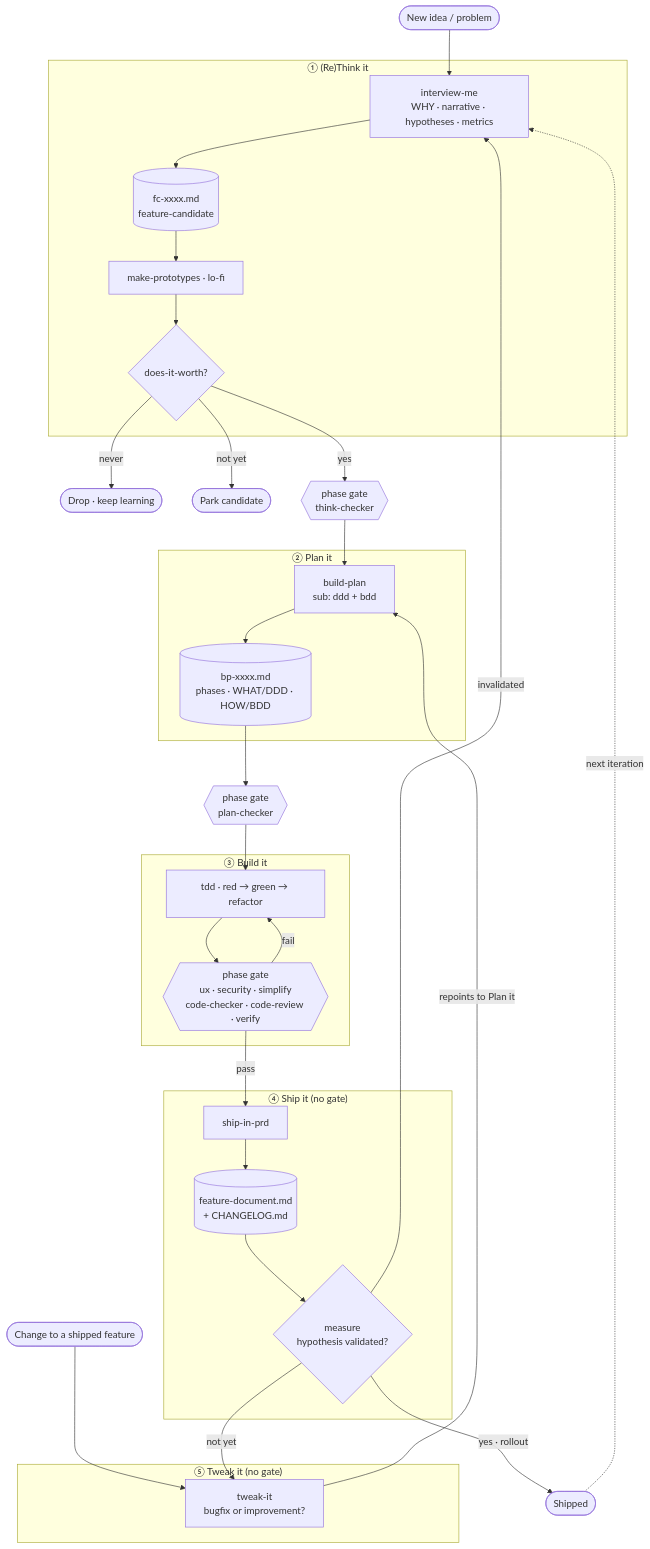
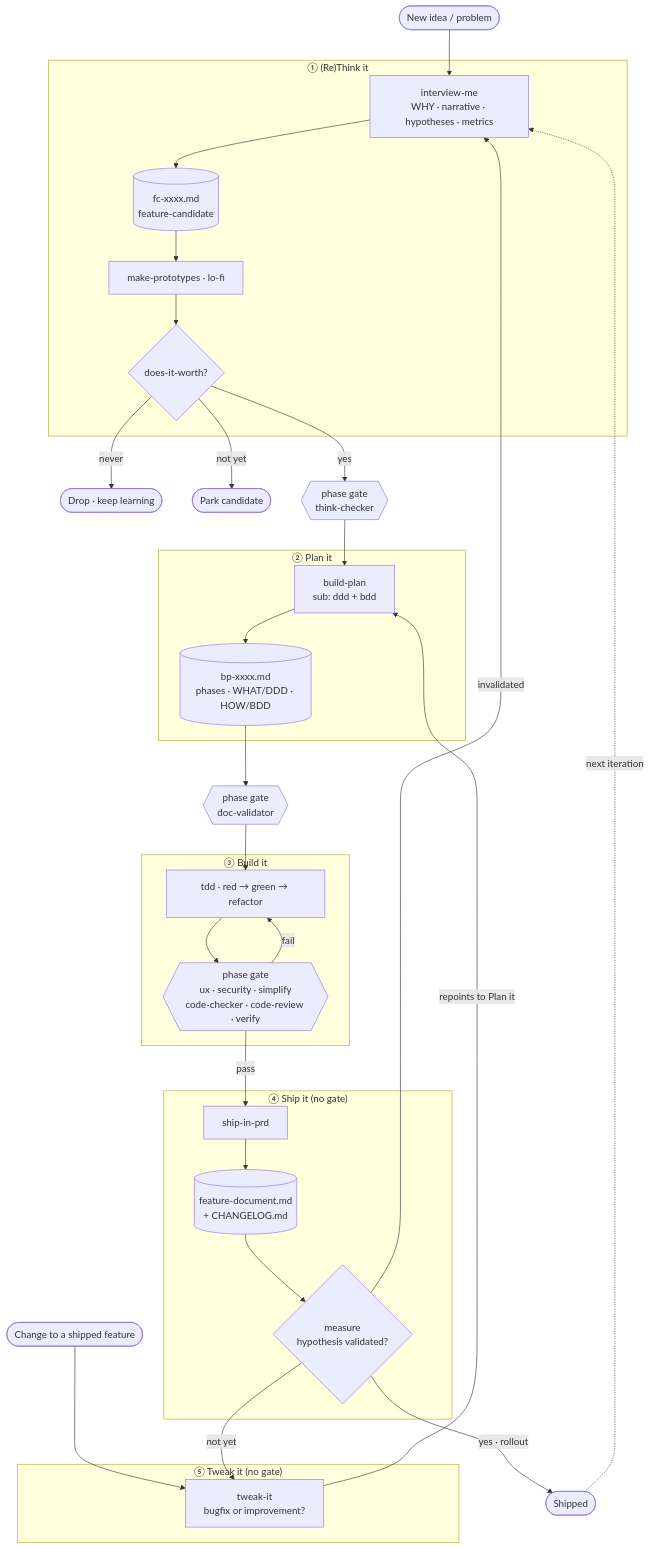
Before and after one commit to giovannibeltrame/buildloop: the diagram in _brainstorm.md, drawn with Mermaid. The commit also changed other lines of this file, not shown here.

````diff
--- a/_brainstorm.md
+++ b/_brainstorm.md
@@ -42,46 +42,46 @@
 ```mermaid
 flowchart TD
     NEW([New idea / problem]) --> IM
     CHG([Change to a shipped feature]) --> TI
 
     subgraph RT["① (Re)Think it"]
         IM[interview-me<br/>WHY · narrative · hypotheses · metrics] --> FC[(fc-xxxx.md<br/>feature-candidate)]
         FC --> MP[make-prototypes · lo-fi]
         MP --> DIW{does-it-worth?}
     end
 
     DIW -->|never| DROP([Drop · keep learning])
     DIW -->|not yet| PARK([Park candidate])
     DIW -->|yes| TKC{{phase gate<br/>think-checker}}
 
     TKC --> BPL
 
     subgraph PL["② Plan it"]
         BPL[build-plan<br/>sub: ddd + bdd] --> BP[(bp-xxxx.md<br/>phases · WHAT/DDD · HOW/BDD)]
     end
 
-    BP --> PLC{{phase gate<br/>plan-checker}}
+    BP --> PLC{{phase gate<br/>doc-validator}}
     PLC --> TDD
 
     subgraph BT["③ Build it"]
         TDD[tdd · red → green → refactor] --> BG{{phase gate<br/>ux · security · simplify<br/>code-checker · code-review · verify}}
         BG -->|fail| TDD
     end
 
     BG -->|pass| BIP
 
     subgraph SH["④ Ship it (no gate)"]
         BIP[ship-in-prd] --> FD[(feature-document.md<br/>+ CHANGELOG.md)]
         FD --> MEAS{measure<br/>hypothesis validated?}
     end
 
     MEAS -->|yes · rollout| DONE([Shipped])
     MEAS -->|not yet| TI
     MEAS -->|invalidated| IM
 
     subgraph TW["⑤ Tweak it (no gate)"]
         TI[tweak-it<br/>bugfix or improvement?]
     end
     TI -->|repoints to Plan it| BPL
     DONE -.next iteration.-> IM
 ```
````
